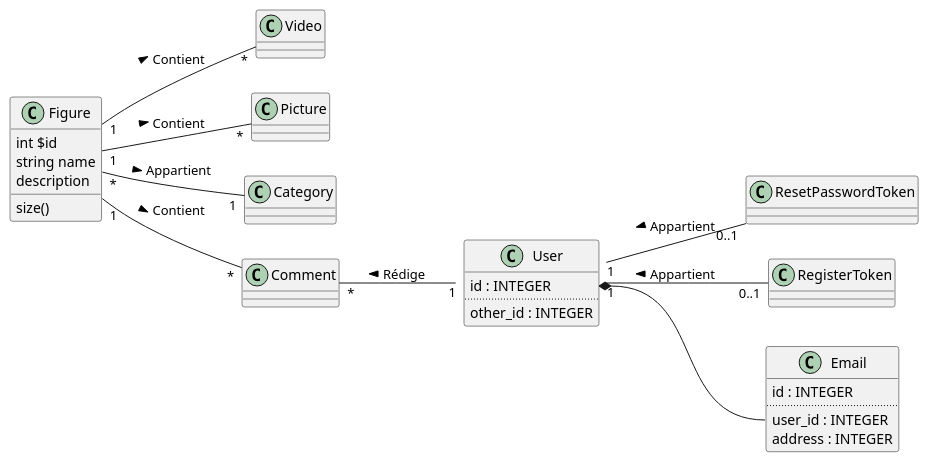
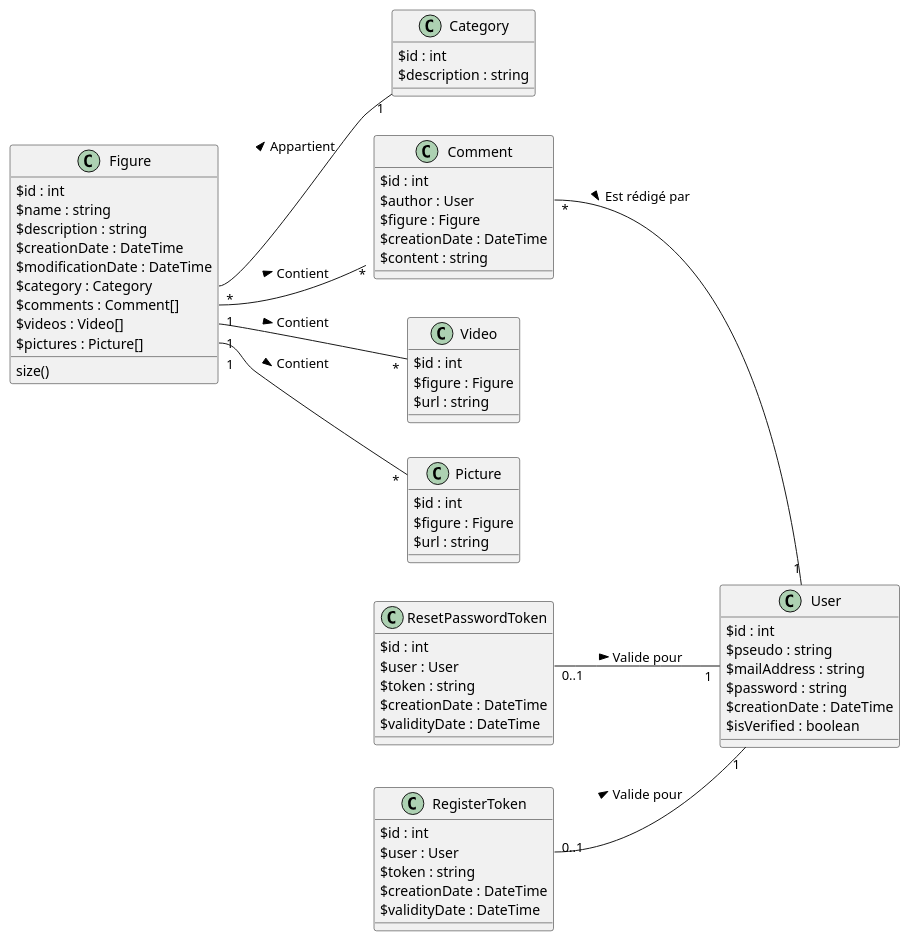
One commit to Xwyk/SnowTricks changed the diagram in diagrams/model.puml. Above: the diagram before and after it, drawn with PlantUML.

Commit message:
model diagram finished

```diff
--- a/diagrams/model.puml
+++ b/diagrams/model.puml
@@ -1,46 +1,86 @@
 @startuml
 'https://plantuml.com/class-diagram
+left to right direction
 
 class Figure
 class Video
 class Picture
 class Category
 class Comment
 class User
 class ResetPasswordToken
 class RegisterToken
-Figure "1" -- "*" Video : Contient >
-Figure "1" -- "*" Picture : Contient >
-Figure "*" -- "1" Category : Appartient >
-Figure "1" -- "*" Comment : Contient >
-Comment "*" -- "1" User : Rédige <
-User "1" -- "0..1" ResetPasswordToken : Appartient <
-User "1" -- "0..1" RegisterToken : Appartient <
+Figure::$videos "1" -- "*" Video : Contient >
+Figure::$pictures "1" -- "*" Picture : Contient >
+Figure::$category "*" -- "1" Category : Appartient >
+Figure::$comments "1" -- "*" Comment : Contient >
+Comment::$author "*" -- "1" User : Est rédigé par >
+ResetPasswordToken::$user "0..1" -- "1" User : Valide pour >
+RegisterToken::$user "0..1" -- "1" User : Valide pour >
 
 
 class Figure {
-int $id
-string name
- description
-
-size()
+    $id : int
+    $name : string
+    $description : string
+    $creationDate : DateTime
+    $modificationDate : DateTime
+    $category : Category
+    $comments : Comment[]
+    $videos : Video[]
+    $pictures : Picture[]
+    size()
 }
 
-left to right direction
+class Category {
+    $id : int
+    $description : string
+}
+
+class Video {
+    $id : int
+    $figure : Figure
+    $url : string
+}
+
+class Picture {
+    $id : int
+    $figure : Figure
+    $url : string
+}
 
 class User {
-  id : INTEGER
-  ..
-  other_id : INTEGER
+    $id : int
+    $pseudo : string
+    $mailAddress : string
+    $password : string
+    $creationDate : DateTime
+    $isVerified : boolean
 }
 
-class Email {
-  id : INTEGER
-  ..
-  user_id : INTEGER
-  address : INTEGER
+
+class ResetPasswordToken {
+    $id : int
+    $user : User
+    $token : string
+    $creationDate : DateTime
+    $validityDate : DateTime
 }
 
-User::id *-- Email::user_id
+class RegisterToken {
+    $id : int
+    $user : User
+    $token : string
+    $creationDate : DateTime
+    $validityDate : DateTime
+}
+
+class Comment {
+    $id : int
+    $author : User
+    $figure : Figure
+    $creationDate : DateTime
+    $content : string
+}
 
 @enduml
```
